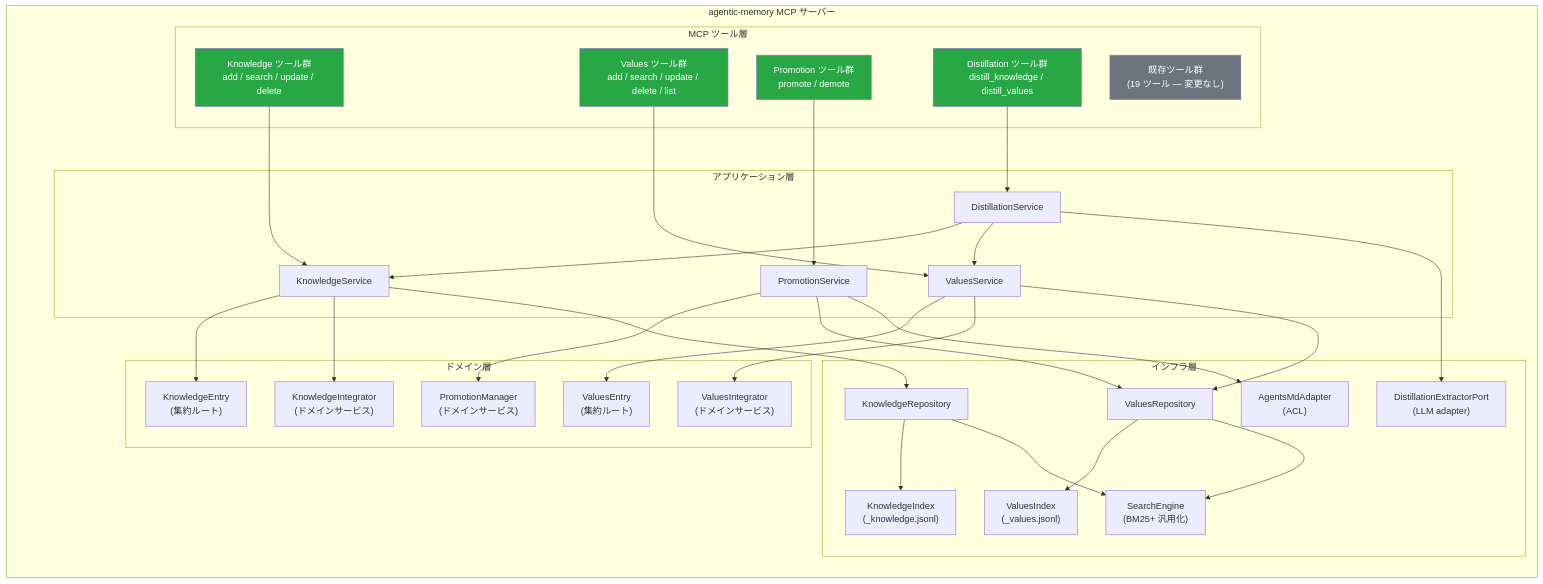
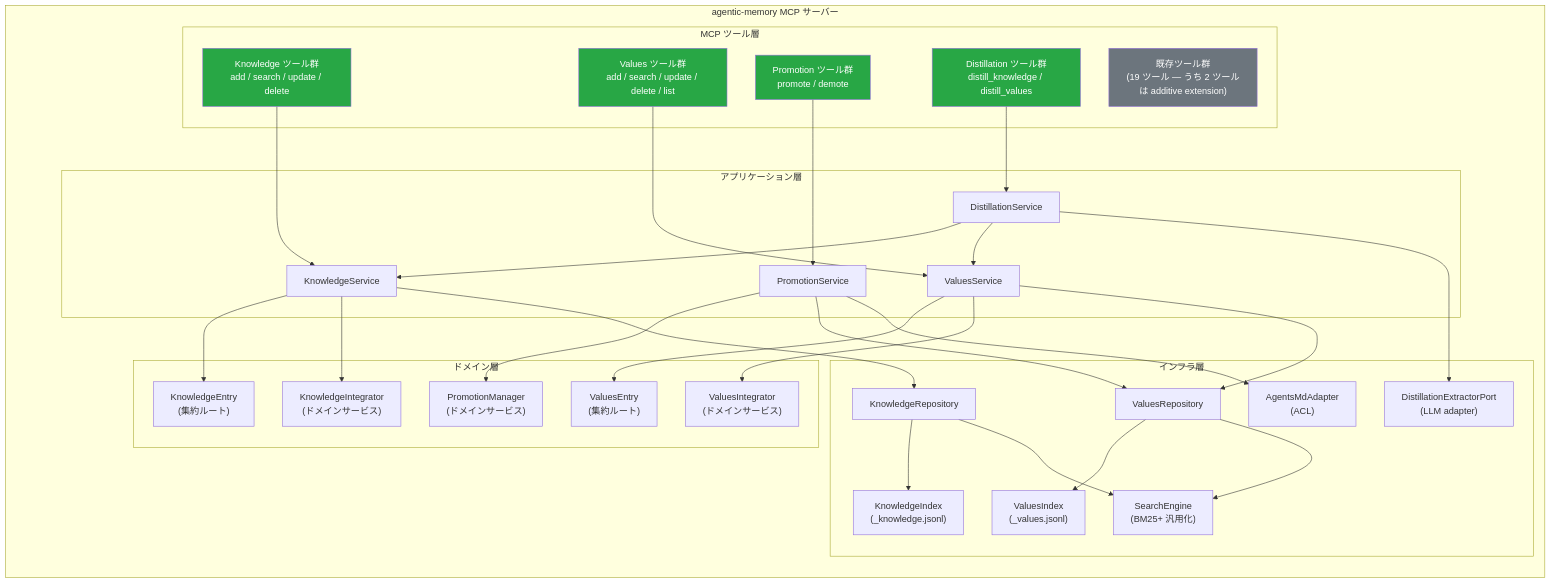
The second of 6 diagrams in docs/design/ARCHITECTURE-knowledge-values.md (RK0429/agentic-memory), drawn with Mermaid before and after one commit. The commit also changed other lines of this file and 2 other files, not shown here.

````diff
--- a/docs/design/ARCHITECTURE-knowledge-values.md
+++ b/docs/design/ARCHITECTURE-knowledge-values.md
@@ -55,66 +55,66 @@
 ```mermaid
 graph TB
     subgraph "agentic-memory MCP サーバー"
         direction TB
 
         subgraph "MCP ツール層"
             KT["Knowledge ツール群<br/>add / search / update / delete"]
             VT["Values ツール群<br/>add / search / update / delete / list"]
             PT["Promotion ツール群<br/>promote / demote"]
             DT["Distillation ツール群<br/>distill_knowledge / distill_values"]
-            ET["既存ツール群<br/>(19 ツール — 変更なし)"]
+            ET["既存ツール群<br/>(19 ツール — うち 2 ツールは additive extension)"]
         end
 
         subgraph "アプリケーション層"
             KS["KnowledgeService"]
             VS["ValuesService"]
             DS["DistillationService"]
             PS["PromotionService"]
         end
 
         subgraph "ドメイン層"
             KE["KnowledgeEntry<br/>(集約ルート)"]
             VE["ValuesEntry<br/>(集約ルート)"]
             KI["KnowledgeIntegrator<br/>(ドメインサービス)"]
             VI["ValuesIntegrator<br/>(ドメインサービス)"]
             PM["PromotionManager<br/>(ドメインサービス)"]
         end
 
         subgraph "インフラ層"
             KR["KnowledgeRepository"]
             VR["ValuesRepository"]
             KIdx["KnowledgeIndex<br/>(_knowledge.jsonl)"]
             VIdx["ValuesIndex<br/>(_values.jsonl)"]
             SE["SearchEngine<br/>(BM25+ 汎用化)"]
             DX["DistillationExtractorPort<br/>(LLM adapter)"]
             AA["AgentsMdAdapter<br/>(ACL)"]
         end
     end
 
     KT --> KS
     VT --> VS
     PT --> PS
     DT --> DS
     KS --> KE
     KS --> KI
     KS --> KR
     VS --> VE
     VS --> VI
     VS --> VR
     DS --> KS
     DS --> VS
     DS --> DX
     PS --> PM
     PS --> VR
     PS --> AA
     KR --> KIdx
     VR --> VIdx
     KR --> SE
     VR --> SE
 
     style KT fill:#28a745,color:#fff
     style VT fill:#28a745,color:#fff
     style PT fill:#28a745,color:#fff
     style DT fill:#28a745,color:#fff
     style ET fill:#6c757d,color:#fff
 ```
````
